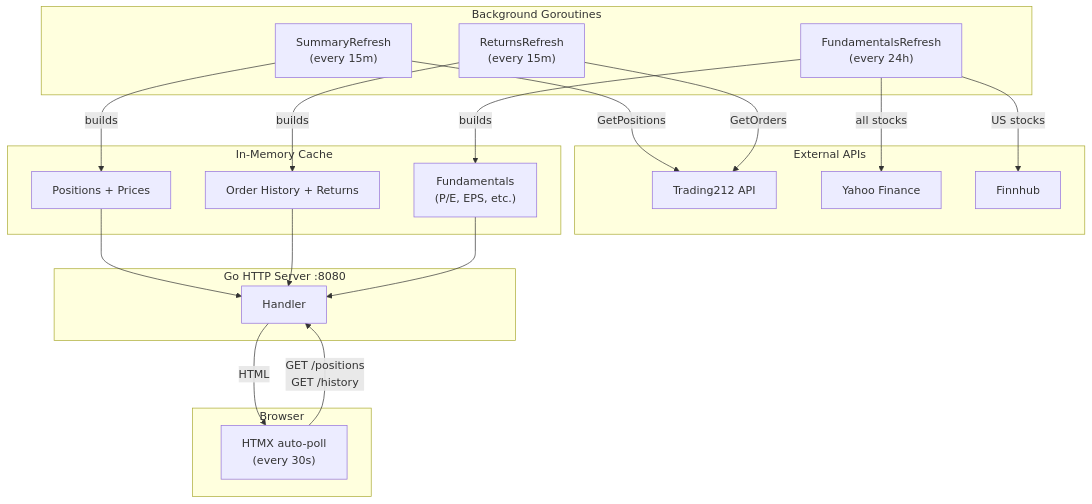
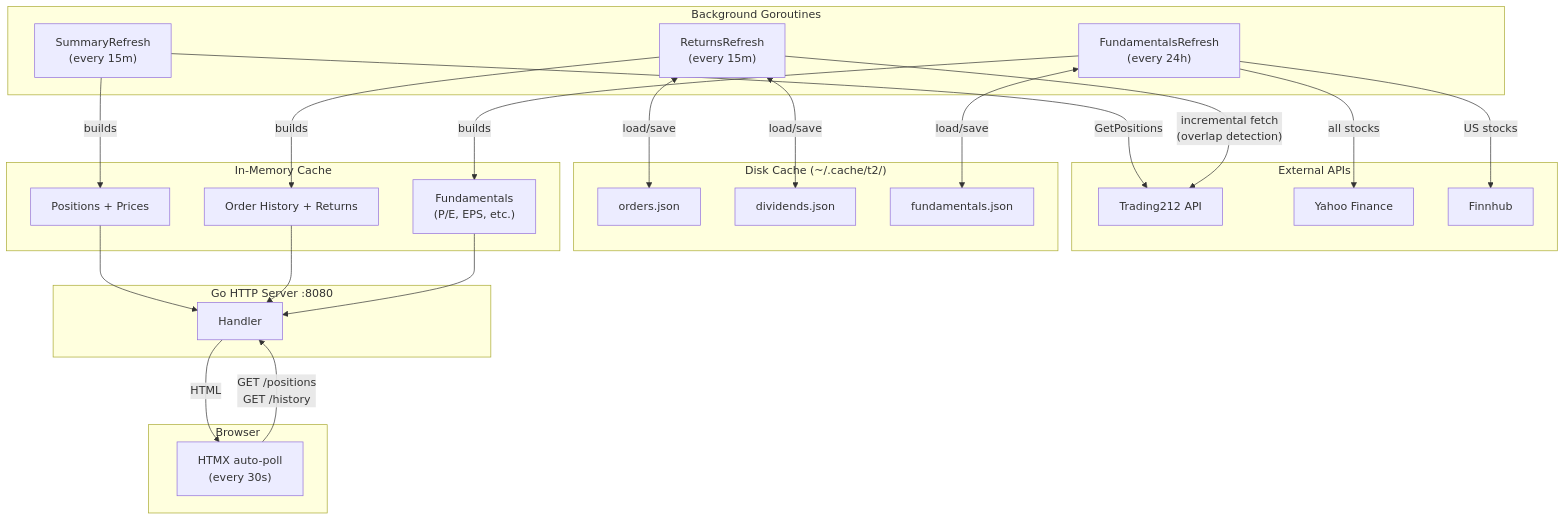
The first of 2 diagrams in README.md (ko5tas/t2), drawn with Mermaid before and after one commit. The commit also changed other lines of this file and 4 other files, not shown here.

First line of the commit message:
Add incremental history caching for orders and dividends

````diff
--- a/README.md
+++ b/README.md
@@ -99,43 +105,52 @@
 ```mermaid
 graph TB
     subgraph External APIs
         T212[Trading212 API]
         YF[Yahoo Finance]
         FH[Finnhub]
     end
 
     subgraph "Background Goroutines"
         SR["SummaryRefresh<br/>(every 15m)"]
         RR["ReturnsRefresh<br/>(every 15m)"]
         FR["FundamentalsRefresh<br/>(every 24h)"]
+    end
+
+    subgraph "Disk Cache (~/.cache/t2/)"
+        DC_O["orders.json"]
+        DC_D["dividends.json"]
+        DC_F["fundamentals.json"]
     end
 
     subgraph "In-Memory Cache"
         PC[Positions + Prices]
         RC[Order History + Returns]
         FC["Fundamentals<br/>(P/E, EPS, etc.)"]
     end
 
     subgraph "Go HTTP Server :8080"
         H[Handler]
     end
 
     subgraph Browser
         HX["HTMX auto-poll<br/>(every 30s)"]
     end
 
     SR -->|GetPositions| T212
     SR -->|builds| PC
-    RR -->|GetOrders| T212
+    RR -->|"incremental fetch<br/>(overlap detection)"| T212
+    RR <-->|"load/save"| DC_O
+    RR <-->|"load/save"| DC_D
     RR -->|builds| RC
     FR -->|US stocks| FH
     FR -->|all stocks| YF
+    FR <-->|"load/save"| DC_F
     FR -->|builds| FC
 
     PC --> H
     RC --> H
     FC --> H
 
     HX -->|"GET /positions<br/>GET /history"| H
     H -->|HTML| HX
 ```
````
